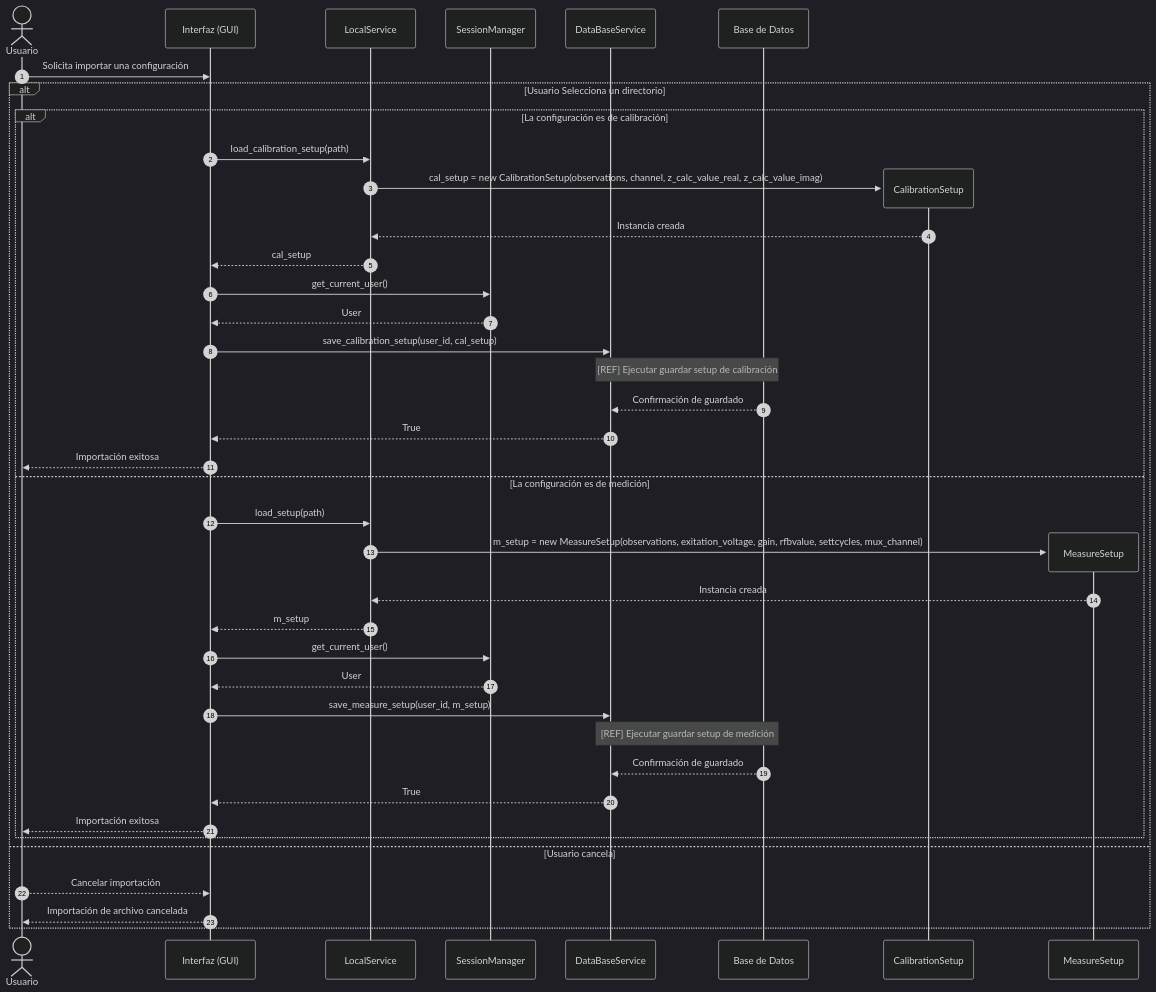
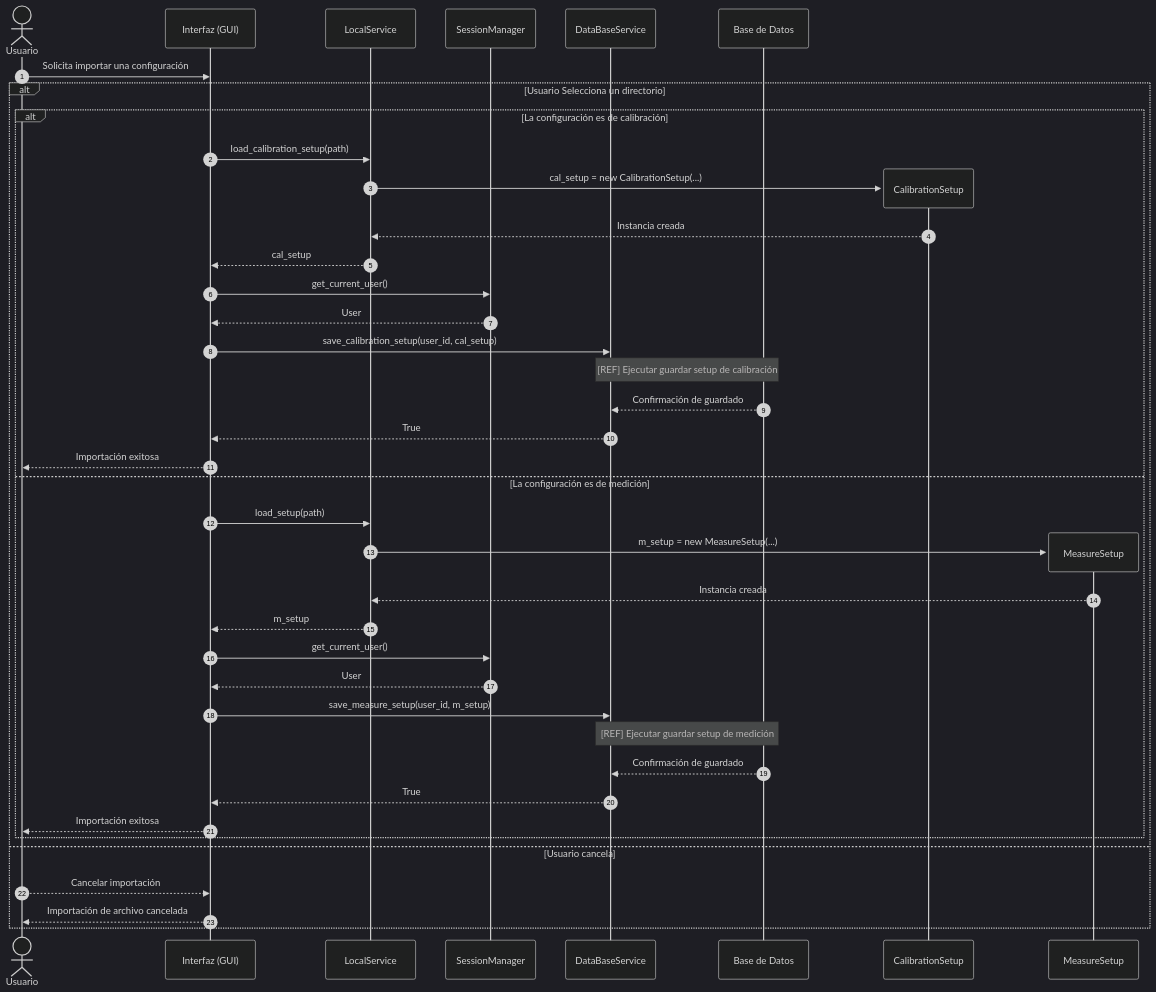
One commit to alegrelias/Repo-GMini changed the seventh of 13 diagrams in Gmini-MarkDown/Diagramas/Diagramas de Secuencia.md. Above: the diagram before and after it, drawn with Mermaid (dark theme). The commit also changed other lines of this file, not shown here.

Commit message:
Se agrega diagrama de secuencia

````diff
--- a/Gmini-MarkDown/Diagramas/Diagramas de Secuencia.md
+++ b/Gmini-MarkDown/Diagramas/Diagramas de Secuencia.md
@@ -210,45 +210,45 @@
 ```mermaid
 sequenceDiagram
 autonumber
 
 actor U as Usuario
 participant G as Interfaz (GUI)
 participant local as LocalService
 participant session as SessionManager
 participant dbs as DataBaseService
 participant db as Base de Datos
 
 U->>G: Solicita importar una configuración
 	alt Usuario Selecciona un directorio
 	alt La configuración es de calibración
 			G->>local: load_calibration_setup(path)
 			create participant C as CalibrationSetup
-			local->>C: cal_setup = new CalibrationSetup(observations, channel, z_calc_value_real, z_calc_value_imag)
+			local->>C: cal_setup = new CalibrationSetup(...)
 			C-->>local: Instancia creada
 			local-->>G: cal_setup
 			G->>session: get_current_user()
 			session-->>G: User
 			G->>dbs: save_calibration_setup(user_id, cal_setup)
 			Note over dbs, db: [REF] Ejecutar guardar setup de calibración
 			db-->>dbs: Confirmación de guardado
 			dbs-->>G: True
 			G-->>U: Importación exitosa
 	else La configuración es de medición	
 		G->>local: load_setup(path)
 		create participant MS as MeasureSetup
-		local->>MS: m_setup = new MeasureSetup(observations, exitation_voltage, gain, rfbvalue, settcycles, mux_channel)
+		local->>MS: m_setup = new MeasureSetup(...)
 		MS-->>local: Instancia creada
 		local-->>G: m_setup
 		G->>session: get_current_user()
 		session-->>G: User
 		G->>dbs: save_measure_setup(user_id, m_setup)
 		Note over dbs, db: [REF] Ejecutar guardar setup de medición
 		db-->>dbs: Confirmación de guardado
 		dbs-->>G: True
 		G-->>U: Importación exitosa
 	end
 	else Usuario cancela
 		U-->>G: Cancelar importación
 		G-->>U: Importación de archivo cancelada
 	end
 ```
````
